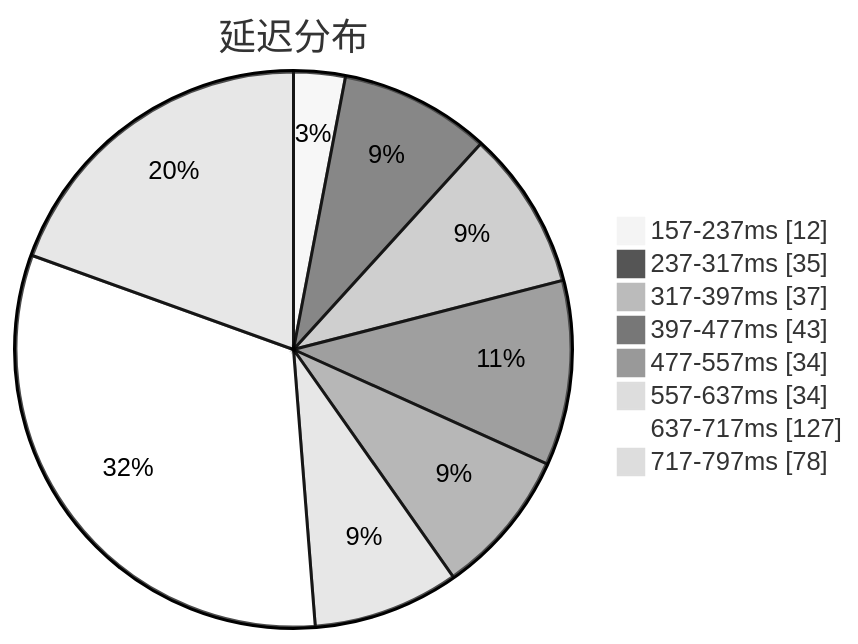
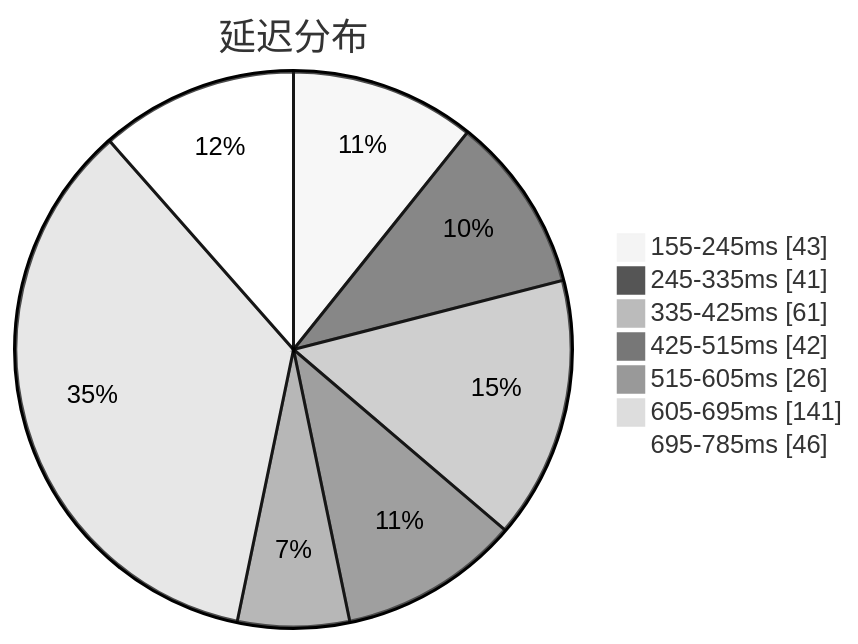
Before and after one commit to qjlxg/airport: the first of 3 diagrams in subs/statistics/tested_within.md, drawn with Mermaid (neutral theme). The commit also changed other lines of this file and 2 other files, not shown here.

````diff
--- a/subs/statistics/tested_within.md
+++ b/subs/statistics/tested_within.md
@@ -2,12 +2,11 @@
 ```mermaid
 pie showData
 title 延迟分布
-"157-237ms" : 12
-"237-317ms" : 35
-"317-397ms" : 37
-"397-477ms" : 43
-"477-557ms" : 34
-"557-637ms" : 34
-"637-717ms" : 127
-"717-797ms" : 78
+"155-245ms" : 43
+"245-335ms" : 41
+"335-425ms" : 61
+"425-515ms" : 42
+"515-605ms" : 26
+"605-695ms" : 141
+"695-785ms" : 46
 ```
````
